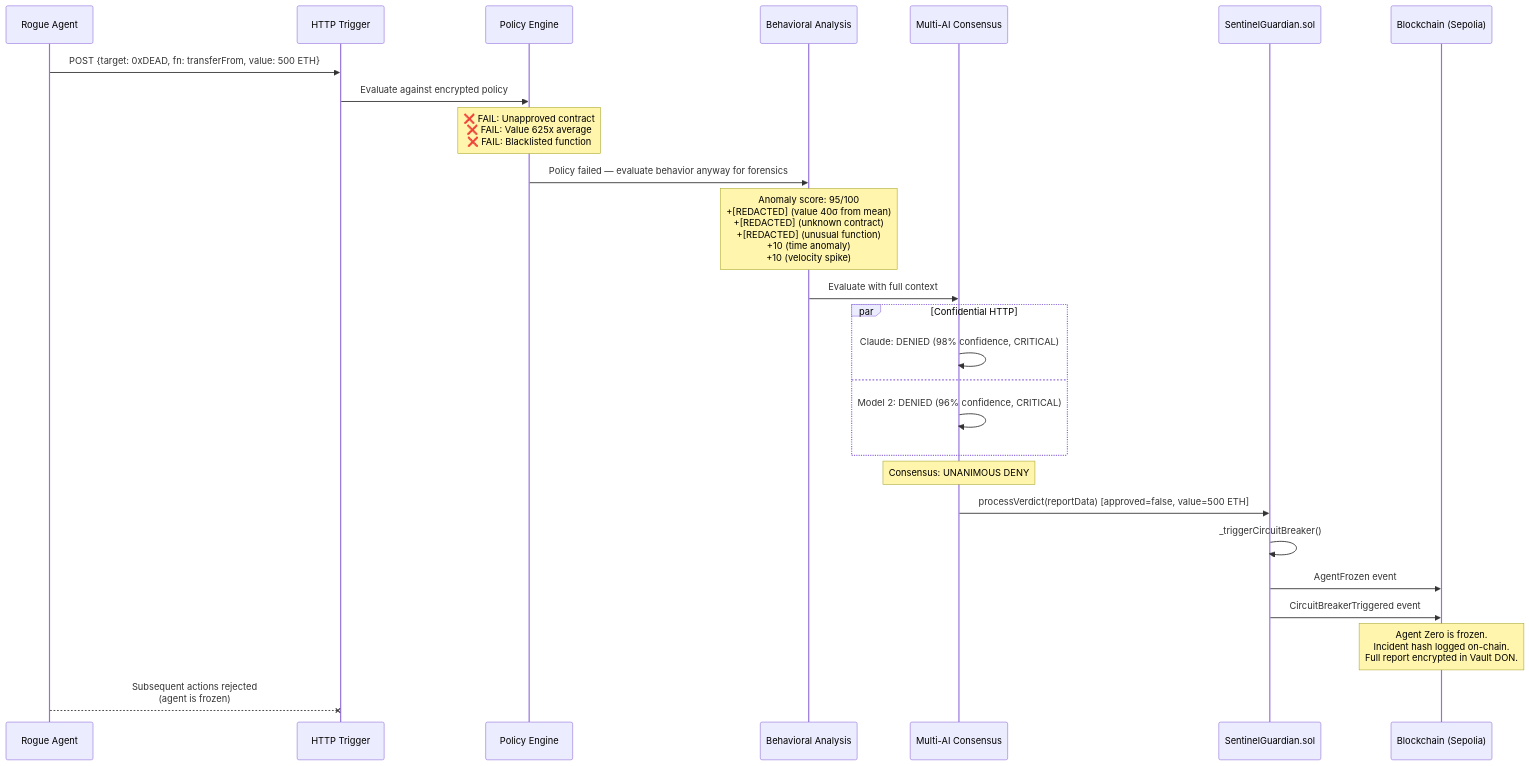
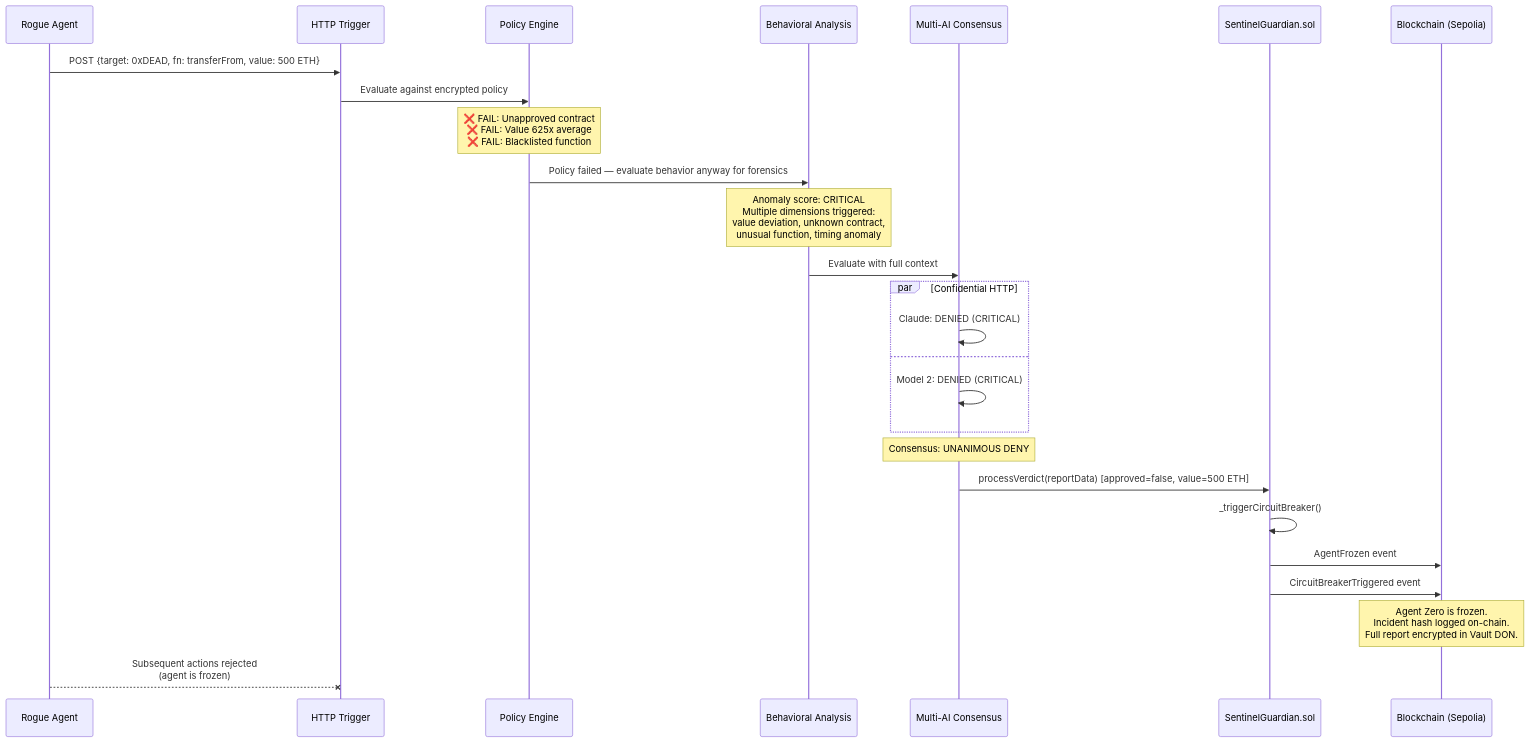
Before and after one commit to ProjectWaja/SentinelCRE: the sixth of 6 diagrams in docs/ARCHITECTURE.md, drawn with Mermaid. The commit also changed other lines of this file and 13 other files, not shown here.

````diff
--- a/docs/ARCHITECTURE.md
+++ b/docs/ARCHITECTURE.md
@@ -264,38 +264,38 @@
 ```mermaid
 sequenceDiagram
     participant RA as Rogue Agent
     participant HT as HTTP Trigger
     participant PE as Policy Engine
     participant BA as Behavioral Analysis
     participant AI as Multi-AI Consensus
     participant SG as SentinelGuardian.sol
     participant BC as Blockchain (Sepolia)
     
     RA->>HT: POST {target: 0xDEAD, fn: transferFrom, value: 500 ETH}
     HT->>PE: Evaluate against encrypted policy
     
     Note over PE: ❌ FAIL: Unapproved contract<br/>❌ FAIL: Value 625x average<br/>❌ FAIL: Blacklisted function
     
     PE->>BA: Policy failed — evaluate behavior anyway for forensics
     
-    Note over BA: Anomaly score: 95/100<br/>+[REDACTED] (value 40σ from mean)<br/>+[REDACTED] (unknown contract)<br/>+[REDACTED] (unusual function)<br/>+10 (time anomaly)<br/>+10 (velocity spike)
+    Note over BA: Anomaly score: CRITICAL<br/>Multiple dimensions triggered:<br/>value deviation, unknown contract,<br/>unusual function, timing anomaly
     
     BA->>AI: Evaluate with full context
     
     par Confidential HTTP
-        AI->>AI: Claude: DENIED (98% confidence, CRITICAL)
+        AI->>AI: Claude: DENIED (CRITICAL)
     and
-        AI->>AI: Model 2: DENIED (96% confidence, CRITICAL)
+        AI->>AI: Model 2: DENIED (CRITICAL)
     end
     
     Note over AI: Consensus: UNANIMOUS DENY
     
     AI->>SG: processVerdict(reportData) [approved=false, value=500 ETH]
     SG->>SG: _triggerCircuitBreaker()
     SG->>BC: AgentFrozen event
     SG->>BC: CircuitBreakerTriggered event
     
     Note over BC: Agent Zero is frozen.<br/>Incident hash logged on-chain.<br/>Full report encrypted in Vault DON.
     
     RA--xHT: Subsequent actions rejected<br/>(agent is frozen)
 ```
````
